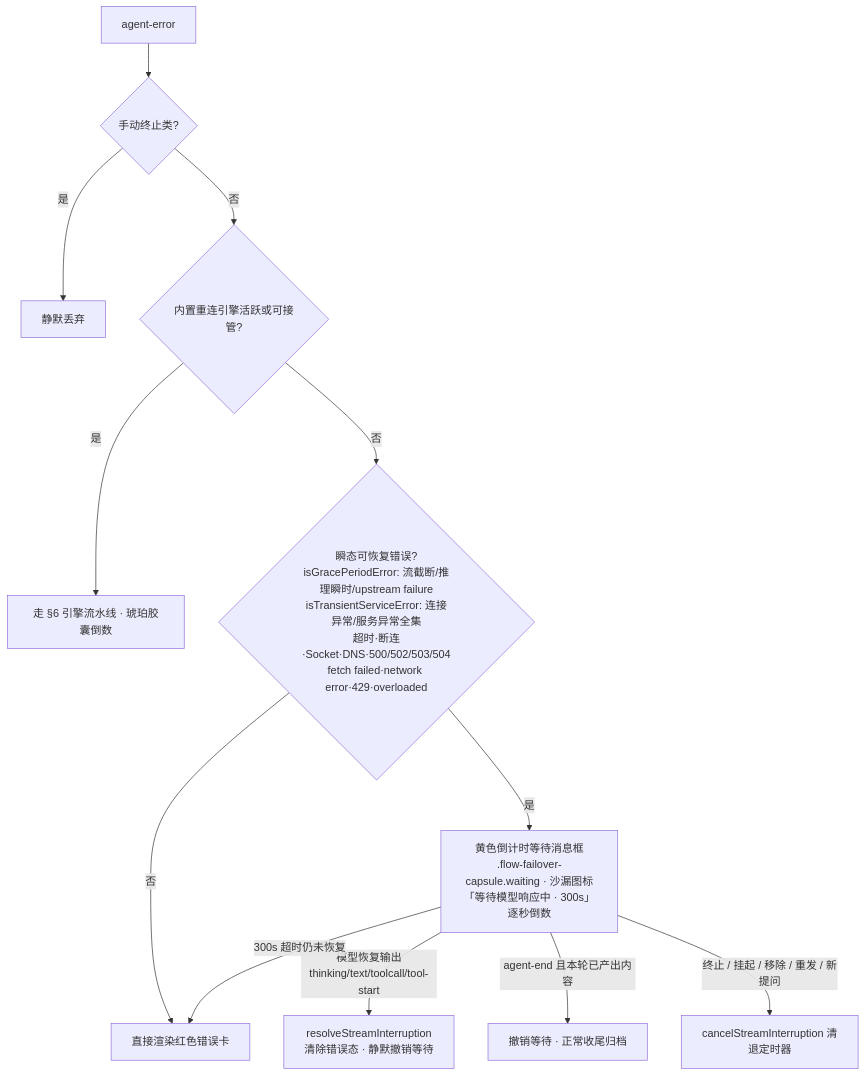
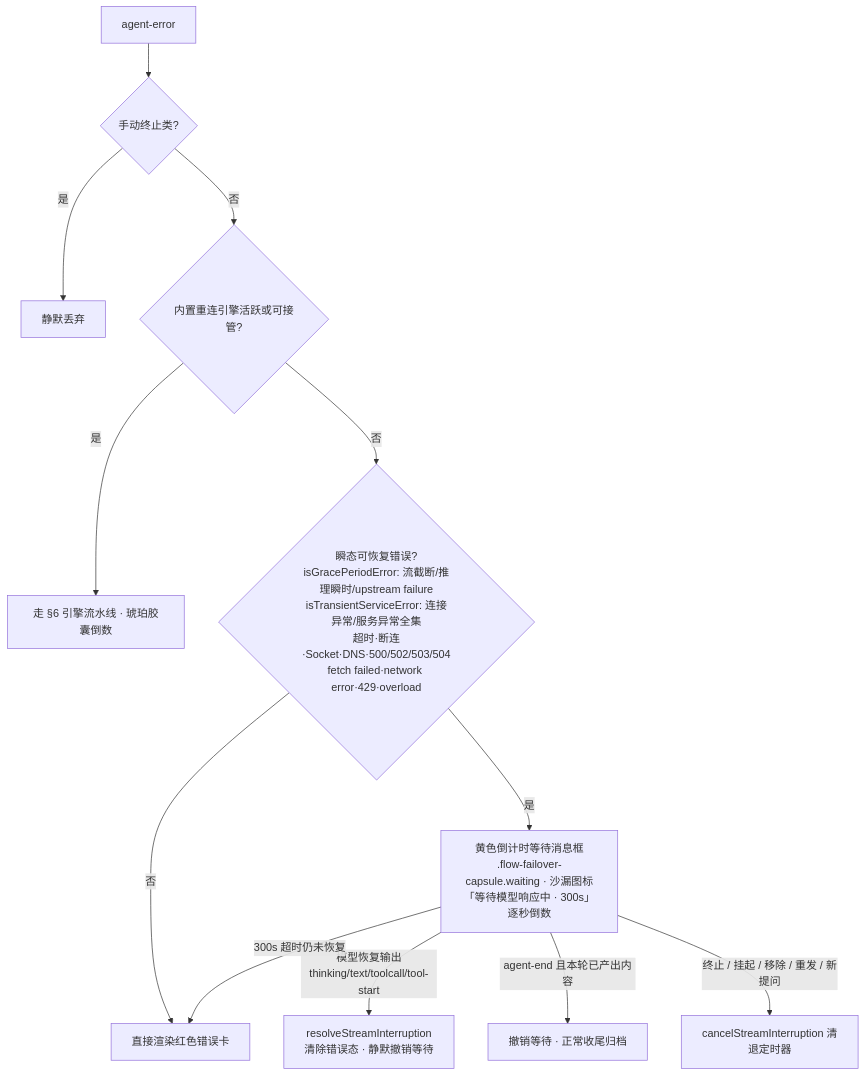
One commit to jiangyinluwei/pi-desktop-lite changed the second of 2 diagrams in .agents/skills/flow-interaction-pattern/SKILL.md. Above: the diagram before and after it, drawn with Mermaid. The commit also changed other lines of this file and 2 other files, not shown here.

Commit message:
feat: add contracts module and desktop interaction agent skills

````diff
--- a/.agents/skills/flow-interaction-pattern/SKILL.md
+++ b/.agents/skills/flow-interaction-pattern/SKILL.md
@@ -183,14 +183,14 @@
 ```mermaid
 flowchart TD
     Err[agent-error] --> Abort{手动终止类?}
     Abort -->|是| Drop[静默丢弃]
     Abort -->|否| Engine{内置重连引擎活跃或可接管?}
     Engine -->|是| Failover[走 §6 引擎流水线 · 琥珀胶囊倒数]
-    Engine -->|否| Stream{瞬态可恢复错误?<br/>isGracePeriodError: 流截断/推理瞬时/upstream failure<br/>isTransientServiceError: 连接异常/服务异常全集<br/>超时·断连·Socket·DNS·500/502/503/504<br/>fetch failed·network error·429·overloaded}
+    Engine -->|否| Stream{瞬态可恢复错误?<br/>isGracePeriodError: 流截断/推理瞬时/upstream failure<br/>isTransientServiceError: 连接异常/服务异常全集<br/>超时·断连·Socket·DNS·500/502/503/504<br/>fetch failed·network error·429·overload}
     Stream -->|否| Red[直接渲染红色错误卡]
     Stream -->|是| Yellow[黄色倒计时等待消息框<br/>.flow-failover-capsule.waiting · 沙漏图标<br/>「等待模型响应中 · 300s」逐秒倒数]
     Yellow -->|模型恢复输出<br/>thinking/text/toolcall/tool-start| Recover[resolveStreamInterruption<br/>清除错误态 · 静默撤销等待]
     Yellow -->|agent-end 且本轮已产出内容| Normal[撤销等待 · 正常收尾归档]
     Yellow -->|终止 / 挂起 / 移除 / 重发 / 新提问| Cancel[cancelStreamInterruption 清退定时器]
     Yellow -->|300s 超时仍未恢复| Red
 ```
````
